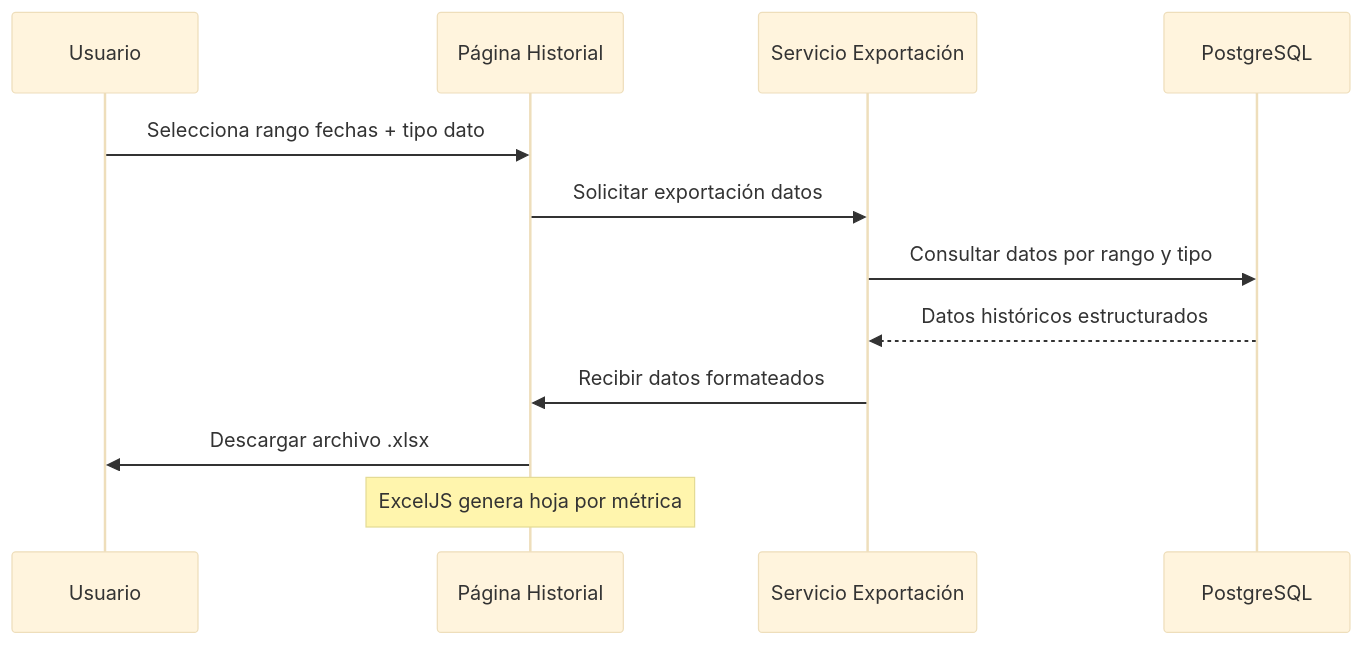
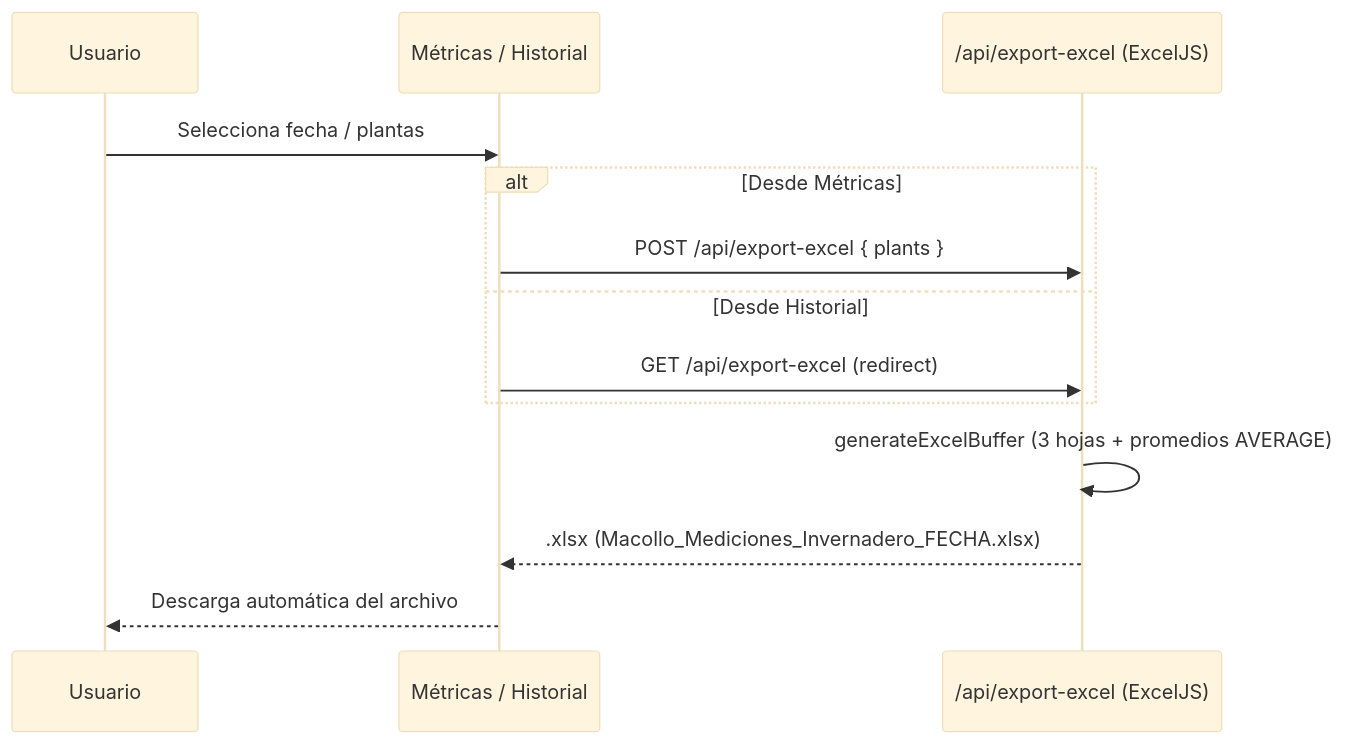
Before and after one commit to Jdgb22/Proyect_invernadero: the third of 4 diagrams in docs/SEQUENCE_DIAGRAMS.md, drawn with Mermaid (base theme). The commit also changed other lines of this file and 21 other files, not shown here.

````diff
--- a/docs/SEQUENCE_DIAGRAMS.md
+++ b/docs/SEQUENCE_DIAGRAMS.md
@@ -50,15 +59,16 @@
 ```mermaid
 sequenceDiagram
     participant User as Usuario
-    participant Front as Página Historial
-    participant Service as Servicio Exportación
-    participant DB as PostgreSQL
+    participant Page as Métricas / Historial
+    participant API as /api/export-excel (ExcelJS)
 
-    User->>Front: Selecciona rango fechas + tipo dato
-    Front->>Service: Solicitar exportación datos
-    Service->>DB: Consultar datos por rango y tipo
-    DB-->>Service: Datos históricos estructurados
-    Service->>Front: Recibir datos formateados
-    Front->>User: Descargar archivo .xlsx
-    Note over Front: ExcelJS genera hoja por métrica
+    User->>Page: Selecciona fecha / plantas
+    alt Desde Métricas
+        Page->>API: POST /api/export-excel { plants }
+    else Desde Historial
+        Page->>API: GET /api/export-excel (redirect)
+    end
+    API->>API: generateExcelBuffer (3 hojas + promedios AVERAGE)
+    API-->>Page: .xlsx (Macollo_Mediciones_Invernadero_FECHA.xlsx)
+    Page-->>User: Descarga automática del archivo
 ```
````
